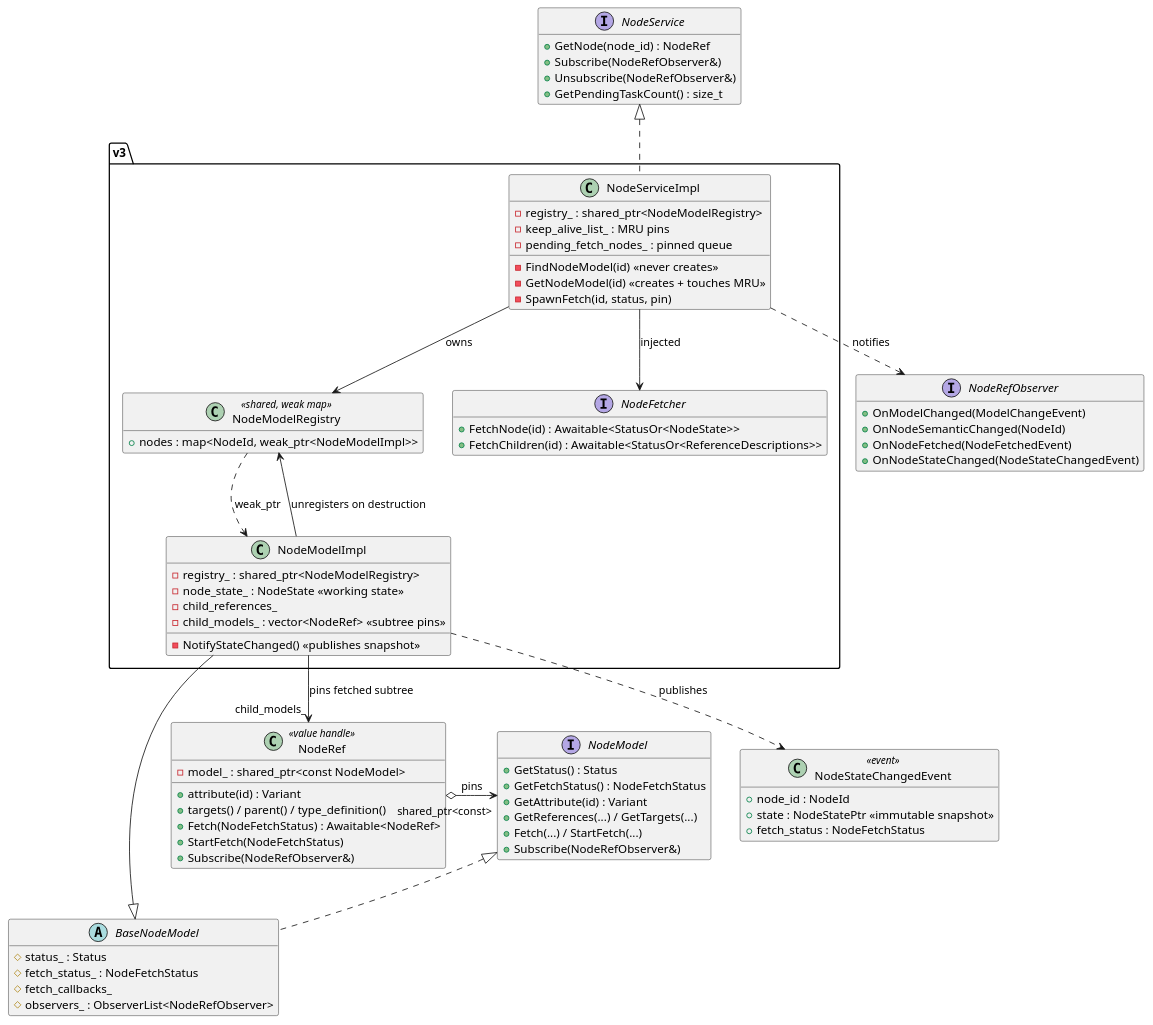
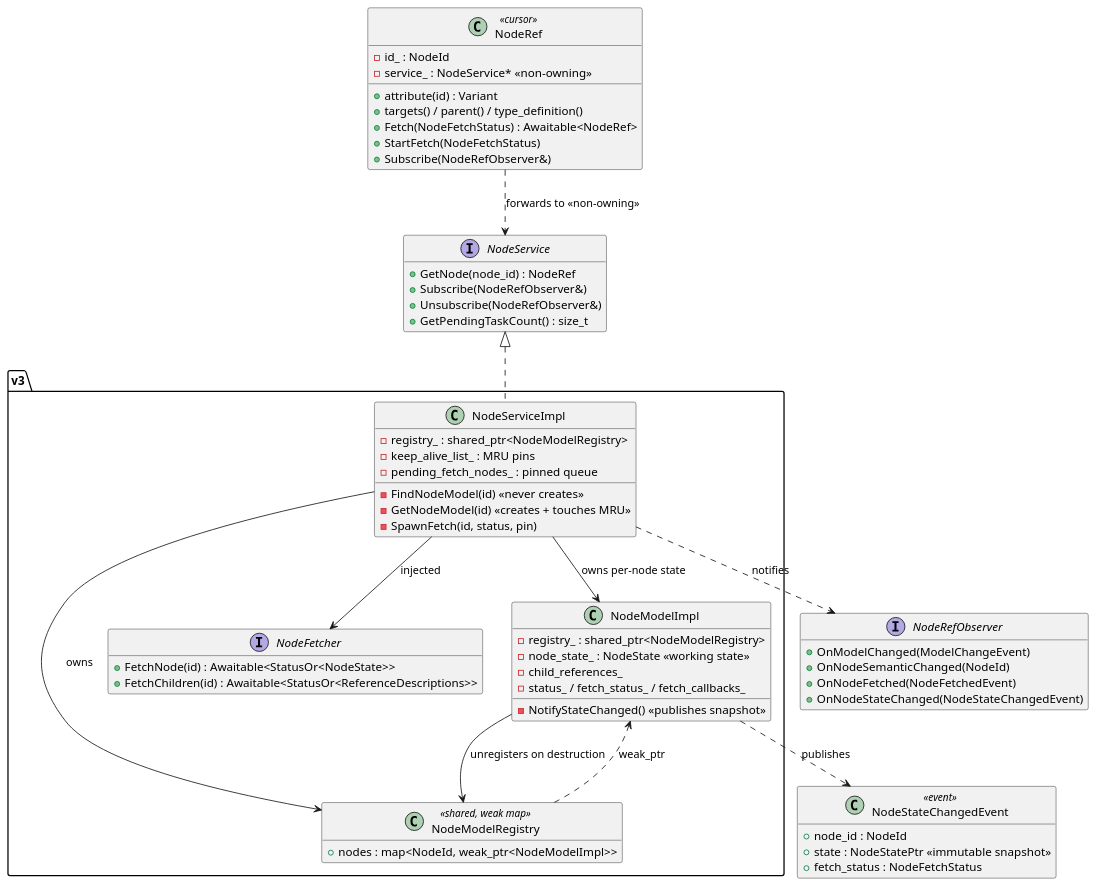
Before and after one commit to alexsmn/scada-common: the diagram in docs/diagrams/node_service_classes.puml, drawn with PlantUML. The commit also changed 25 other files, not shown here.

```diff
--- a/docs/diagrams/node_service_classes.puml
+++ b/docs/diagrams/node_service_classes.puml
@@ -1,91 +1,74 @@
 @startuml node_service_classes
 ' Core NodeService abstractions and the v3 implementation.
 skinparam backgroundColor #FFFFFF
 skinparam shadowing false
 hide empty members
 
 interface NodeService {
   +GetNode(node_id) : NodeRef
   +Subscribe(NodeRefObserver&)
   +Unsubscribe(NodeRefObserver&)
   +GetPendingTaskCount() : size_t
 }
 
-class NodeRef <<value handle>> {
-  -model_ : shared_ptr<const NodeModel>
+class NodeRef <<cursor>> {
+  -id_ : NodeId
+  -service_ : NodeService* <<non-owning>>
   +attribute(id) : Variant
   +targets() / parent() / type_definition()
   +Fetch(NodeFetchStatus) : Awaitable<NodeRef>
   +StartFetch(NodeFetchStatus)
   +Subscribe(NodeRefObserver&)
-}
-
-interface NodeModel {
-  +GetStatus() : Status
-  +GetFetchStatus() : NodeFetchStatus
-  +GetAttribute(id) : Variant
-  +GetReferences(...) / GetTargets(...)
-  +Fetch(...) / StartFetch(...)
-  +Subscribe(NodeRefObserver&)
-}
-
-abstract class BaseNodeModel {
-  #status_ : Status
-  #fetch_status_ : NodeFetchStatus
-  #fetch_callbacks_
-  #observers_ : ObserverList<NodeRefObserver>
 }
 
 interface NodeRefObserver {
   +OnModelChanged(ModelChangeEvent)
   +OnNodeSemanticChanged(NodeId)
   +OnNodeFetched(NodeFetchedEvent)
   +OnNodeStateChanged(NodeStateChangedEvent)
 }
 
 class NodeStateChangedEvent <<event>> {
   +node_id : NodeId
   +state : NodeStatePtr <<immutable snapshot>>
   +fetch_status : NodeFetchStatus
 }
 
 package "v3" {
   class NodeServiceImpl {
     -registry_ : shared_ptr<NodeModelRegistry>
     -keep_alive_list_ : MRU pins
     -pending_fetch_nodes_ : pinned queue
     -FindNodeModel(id) <<never creates>>
     -GetNodeModel(id) <<creates + touches MRU>>
     -SpawnFetch(id, status, pin)
   }
 
   class NodeModelImpl {
     -registry_ : shared_ptr<NodeModelRegistry>
     -node_state_ : NodeState <<working state>>
     -child_references_
-    -child_models_ : vector<NodeRef> <<subtree pins>>
+    -status_ / fetch_status_ / fetch_callbacks_
     -NotifyStateChanged() <<publishes snapshot>>
   }
 
   class NodeModelRegistry <<shared, weak map>> {
     +nodes : map<NodeId, weak_ptr<NodeModelImpl>>
   }
 
   interface NodeFetcher {
     +FetchNode(id) : Awaitable<StatusOr<NodeState>>
     +FetchChildren(id) : Awaitable<StatusOr<ReferenceDescriptions>>
   }
 }
 
 NodeService <|.. NodeServiceImpl
-NodeModel <|.. BaseNodeModel
-BaseNodeModel <|-- NodeModelImpl
-NodeRef o-> "shared_ptr<const>" NodeModel : pins
+NodeRef ..> NodeService : forwards to <<non-owning>>
+NodeServiceImpl --> NodeModelImpl : owns per-node state
 NodeServiceImpl --> NodeModelRegistry : owns
 NodeModelImpl --> NodeModelRegistry : unregisters on destruction
 NodeModelRegistry ..> NodeModelImpl : weak_ptr
 NodeServiceImpl --> NodeFetcher : injected
 NodeServiceImpl ..> NodeRefObserver : notifies
 NodeModelImpl ..> NodeStateChangedEvent : publishes
-NodeModelImpl --> "child_models_" NodeRef : pins fetched subtree
 @enduml
```
